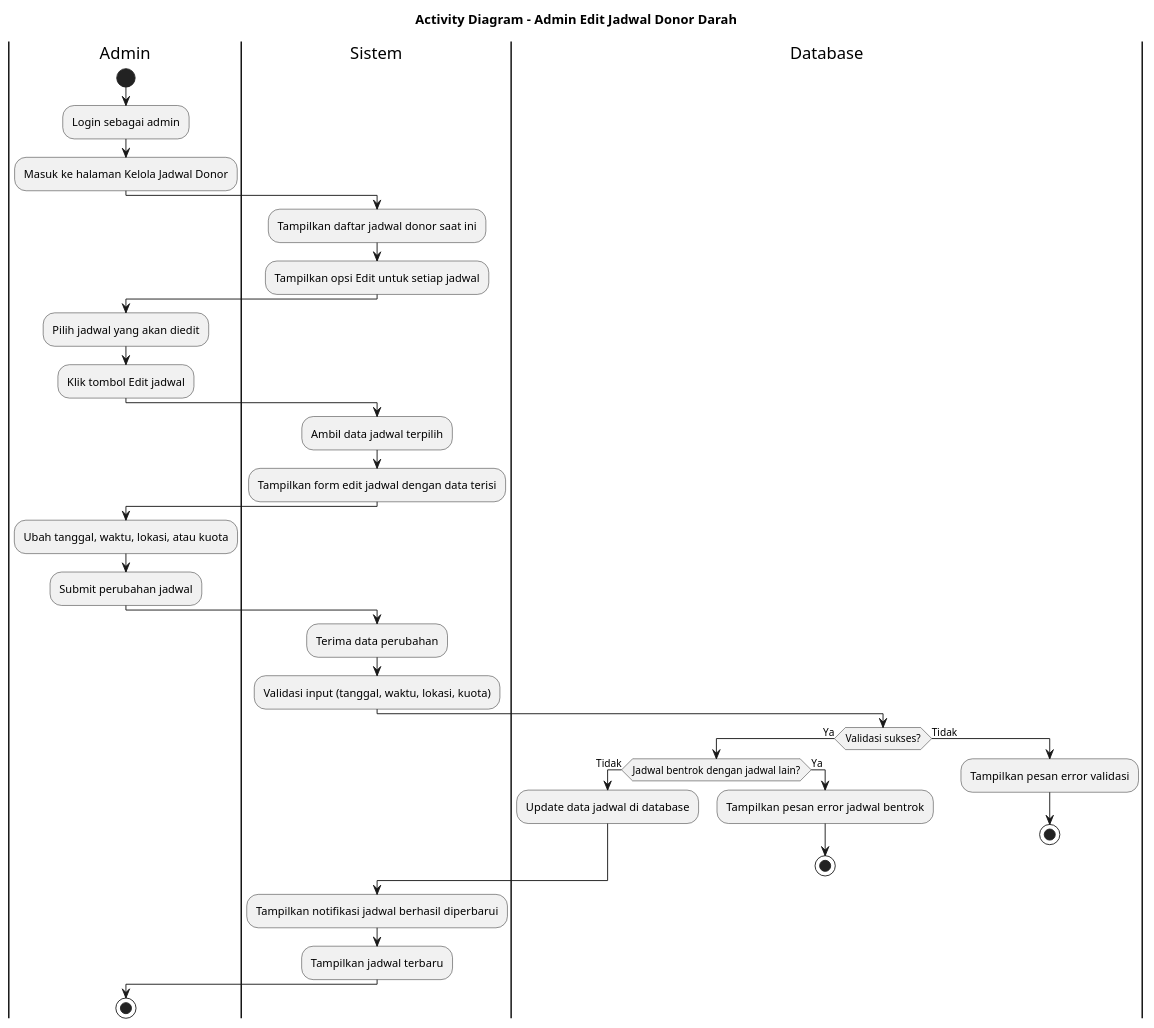
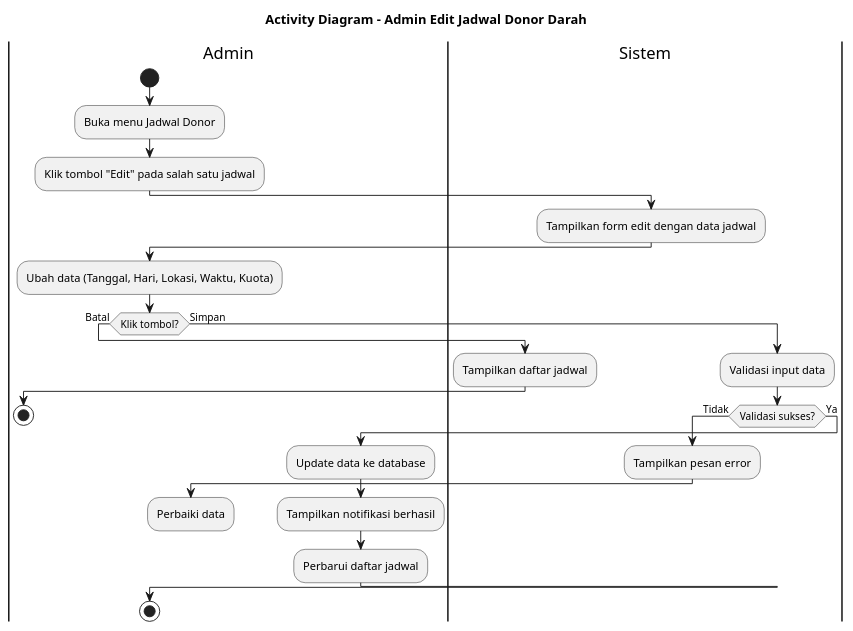
The diagram in diagram/adminkelolajadwal/activitydiagram_admin_editjadwal.puml (jaddu17/capstonepmikp), drawn with PlantUML before and after one commit. The commit also changed 23 other files, not shown here.

Commit message:
revisi diagram

```diff
--- a/diagram/adminkelolajadwal/activitydiagram_admin_editjadwal.puml
+++ b/diagram/adminkelolajadwal/activitydiagram_admin_editjadwal.puml
@@ -1,49 +1,38 @@
-@startuml ACTIVITY_DIAGRAM_ADMIN_EDIT_JADWAL
+@startuml ACTIVITY_DIAGRAM_ADMIN_EDITJADWAL
 title Activity Diagram - Admin Edit Jadwal Donor Darah
 
 |Admin|
 start
-:Login sebagai admin;
-:Masuk ke halaman Kelola Jadwal Donor;
+:Buka menu Jadwal Donor;
+:Klik tombol "Edit" pada salah satu jadwal;
 
 |Sistem|
-:Tampilkan daftar jadwal donor saat ini;
-:Tampilkan opsi Edit untuk setiap jadwal;
+:Tampilkan form edit dengan data jadwal;
 
 |Admin|
-:Pilih jadwal yang akan diedit;
-:Klik tombol Edit jadwal;
+:Ubah data (Tanggal, Hari, Lokasi, Waktu, Kuota);
 
-|Sistem|
-:Ambil data jadwal terpilih;
-:Tampilkan form edit jadwal dengan data terisi;
-
-|Admin|
-:Ubah tanggal, waktu, lokasi, atau kuota;
-:Submit perubahan jadwal;
-
-|Sistem|
-:Terima data perubahan;
-:Validasi input (tanggal, waktu, lokasi, kuota);
-
-|Database|
-if (Validasi sukses?) then (Ya)
-  if (Jadwal bentrok dengan jadwal lain?) then (Tidak)
-    :Update data jadwal di database;
+if (Klik tombol?) then (Batal)
+  |Sistem|
+  :Tampilkan daftar jadwal;
+  |Admin|
+  stop
+else (Simpan)
+  |Sistem|
+  :Validasi input data;
+  if (Validasi sukses?) then (Tidak)
+    :Tampilkan pesan error;
+    |Admin|
+    :Perbaiki data;
+    detach
   else (Ya)
-    :Tampilkan pesan error jadwal bentrok;
-    stop
+    :Update data ke database;
+    :Tampilkan notifikasi berhasil;
+    :Perbarui daftar jadwal;
   endif
-else (Tidak)
-  :Tampilkan pesan error validasi;
-  stop
 endif
-
-|Sistem|
-:Tampilkan notifikasi jadwal berhasil diperbarui;
-:Tampilkan jadwal terbaru;
 
 |Admin|
 stop
 
 @enduml
```
